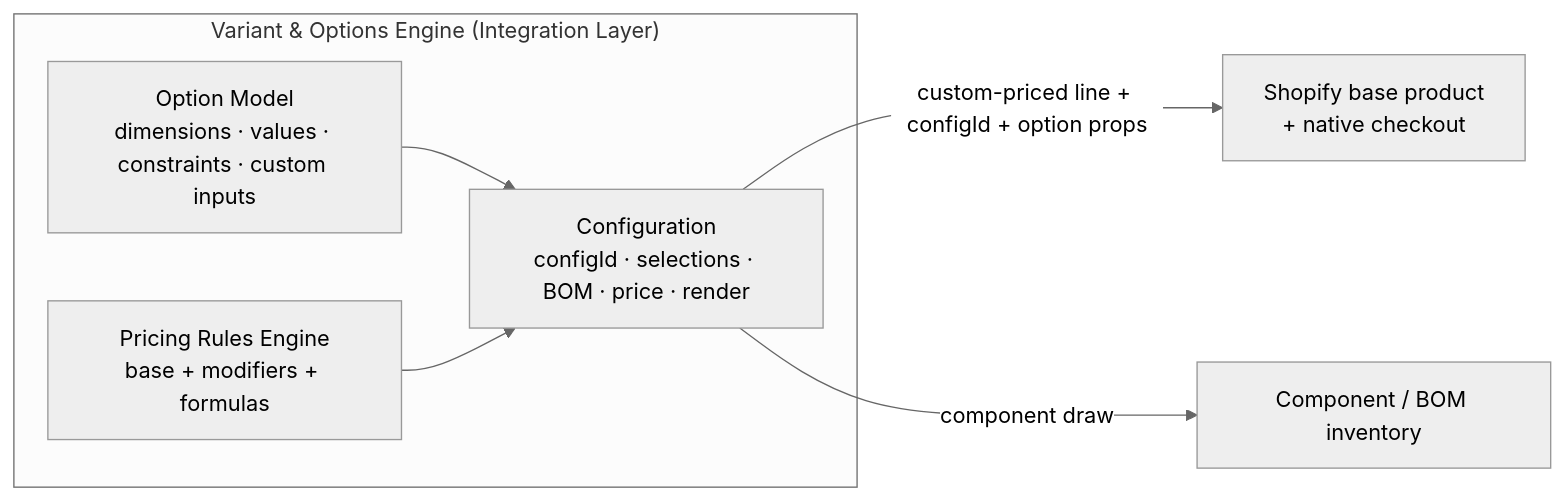
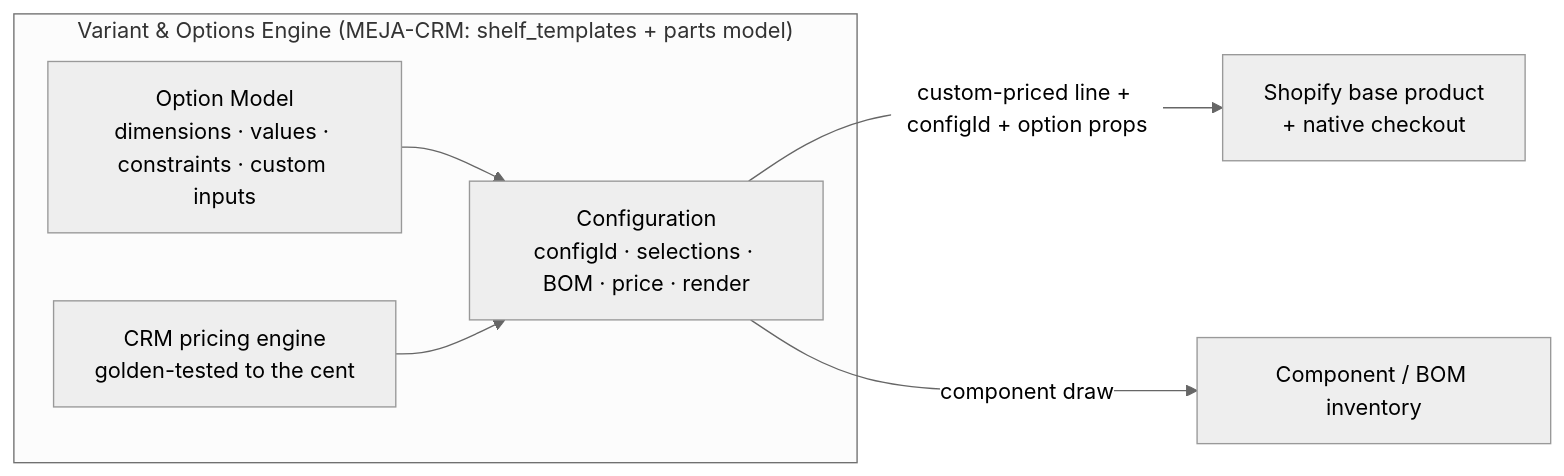
One commit to jfsgi/MEJA-ShopifyStore changed the third of 7 diagrams in docs/01-Master-Plan.md. Above: the diagram before and after it, drawn with Mermaid (neutral theme). The commit also changed other lines of this file and 7 other files, not shown here.

````diff
--- a/docs/01-Master-Plan.md
+++ b/docs/01-Master-Plan.md
@@ -200,12 +186,12 @@
 ```mermaid
 flowchart LR
-    subgraph Engine["Variant & Options Engine (Integration Layer)"]
+    subgraph Engine["Variant & Options Engine (MEJA-CRM: shelf_templates + parts model)"]
       OM[Option Model<br/>dimensions · values · constraints · custom inputs]
-      PR[Pricing Rules Engine<br/>base + modifiers + formulas]
+      PR[CRM pricing engine<br/>golden-tested to the cent]
       CFG[Configuration<br/>configId · selections · BOM · price · render]
     end
     OM --> CFG
     PR --> CFG
     CFG -->|custom-priced line + configId + option props| SH[Shopify base product<br/>+ native checkout]
     CFG -->|component draw| INV[Component / BOM inventory]
 ```
````
